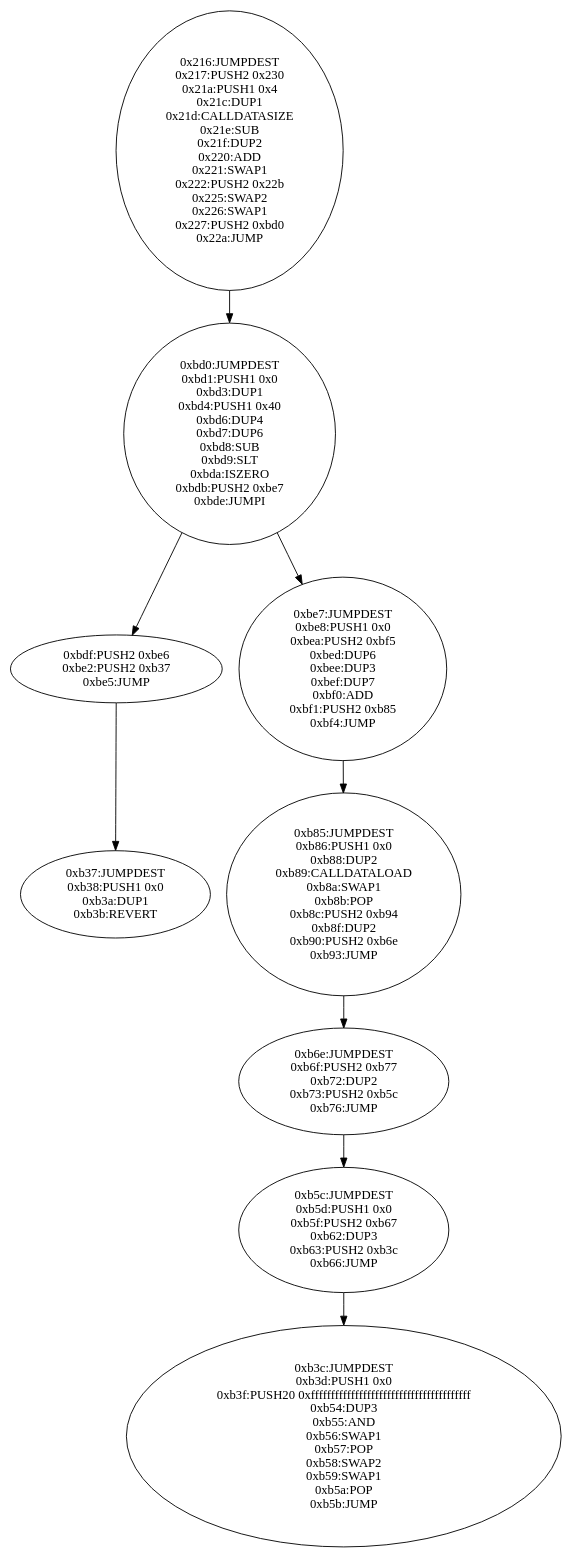
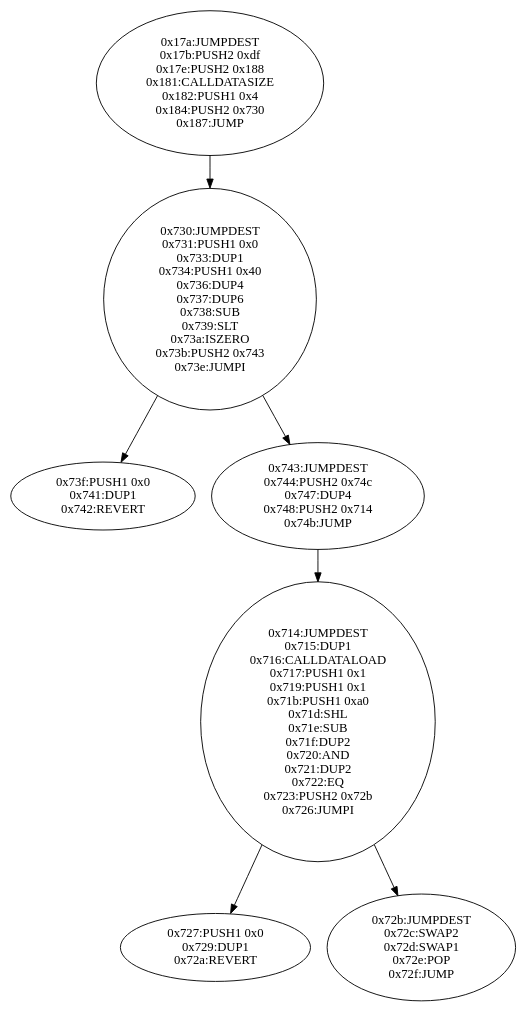
Before and after one commit to steventhornton/openzeppelin-research-project: the diagram in erc20-example/cfg/output/Token.bin-runtime_transfer(address,uint256).dot, drawn with Graphviz. The commit also changed 12 other files, not shown here.

```diff
--- a/erc20-example/cfg/output/Token.bin-runtime_transfer(address,uint256).dot
+++ b/erc20-example/cfg/output/Token.bin-runtime_transfer(address,uint256).dot
@@ -1,84 +1,57 @@
 digraph{
-534[label="0x216:JUMPDEST
-0x217:PUSH2 0x230
-0x21a:PUSH1 0x4
-0x21c:DUP1
-0x21d:CALLDATASIZE
-0x21e:SUB
-0x21f:DUP2
-0x220:ADD
-0x221:SWAP1
-0x222:PUSH2 0x22b
-0x225:SWAP2
-0x226:SWAP1
-0x227:PUSH2 0xbd0
-0x22a:JUMP"]
-534 -> 3024
-3024[label="0xbd0:JUMPDEST
-0xbd1:PUSH1 0x0
-0xbd3:DUP1
-0xbd4:PUSH1 0x40
-0xbd6:DUP4
-0xbd7:DUP6
-0xbd8:SUB
-0xbd9:SLT
-0xbda:ISZERO
-0xbdb:PUSH2 0xbe7
-0xbde:JUMPI"]
-3024 -> 3039
-3024 -> 3047
-3039[label="0xbdf:PUSH2 0xbe6
-0xbe2:PUSH2 0xb37
-0xbe5:JUMP"]
-3039 -> 2871
-3047[label="0xbe7:JUMPDEST
-0xbe8:PUSH1 0x0
-0xbea:PUSH2 0xbf5
-0xbed:DUP6
-0xbee:DUP3
-0xbef:DUP7
-0xbf0:ADD
-0xbf1:PUSH2 0xb85
-0xbf4:JUMP"]
-3047 -> 2949
-2871[label="0xb37:JUMPDEST
-0xb38:PUSH1 0x0
-0xb3a:DUP1
-0xb3b:REVERT"]
-2949[label="0xb85:JUMPDEST
-0xb86:PUSH1 0x0
-0xb88:DUP2
-0xb89:CALLDATALOAD
-0xb8a:SWAP1
-0xb8b:POP
-0xb8c:PUSH2 0xb94
-0xb8f:DUP2
-0xb90:PUSH2 0xb6e
-0xb93:JUMP"]
-2949 -> 2926
-2926[label="0xb6e:JUMPDEST
-0xb6f:PUSH2 0xb77
-0xb72:DUP2
-0xb73:PUSH2 0xb5c
-0xb76:JUMP"]
-2926 -> 2908
-2908[label="0xb5c:JUMPDEST
-0xb5d:PUSH1 0x0
-0xb5f:PUSH2 0xb67
-0xb62:DUP3
-0xb63:PUSH2 0xb3c
-0xb66:JUMP"]
-2908 -> 2876
-2876[label="0xb3c:JUMPDEST
-0xb3d:PUSH1 0x0
-0xb3f:PUSH20 0xffffffffffffffffffffffffffffffffffffffff
-0xb54:DUP3
-0xb55:AND
-0xb56:SWAP1
-0xb57:POP
-0xb58:SWAP2
-0xb59:SWAP1
-0xb5a:POP
-0xb5b:JUMP"]
+378[label="0x17a:JUMPDEST
+0x17b:PUSH2 0xdf
+0x17e:PUSH2 0x188
+0x181:CALLDATASIZE
+0x182:PUSH1 0x4
+0x184:PUSH2 0x730
+0x187:JUMP"]
+378 -> 1840
+1840[label="0x730:JUMPDEST
+0x731:PUSH1 0x0
+0x733:DUP1
+0x734:PUSH1 0x40
+0x736:DUP4
+0x737:DUP6
+0x738:SUB
+0x739:SLT
+0x73a:ISZERO
+0x73b:PUSH2 0x743
+0x73e:JUMPI"]
+1840 -> 1855
+1840 -> 1859
+1855[label="0x73f:PUSH1 0x0
+0x741:DUP1
+0x742:REVERT"]
+1859[label="0x743:JUMPDEST
+0x744:PUSH2 0x74c
+0x747:DUP4
+0x748:PUSH2 0x714
+0x74b:JUMP"]
+1859 -> 1812
+1812[label="0x714:JUMPDEST
+0x715:DUP1
+0x716:CALLDATALOAD
+0x717:PUSH1 0x1
+0x719:PUSH1 0x1
+0x71b:PUSH1 0xa0
+0x71d:SHL
+0x71e:SUB
+0x71f:DUP2
+0x720:AND
+0x721:DUP2
+0x722:EQ
+0x723:PUSH2 0x72b
+0x726:JUMPI"]
+1812 -> 1831
+1812 -> 1835
+1831[label="0x727:PUSH1 0x0
+0x729:DUP1
+0x72a:REVERT"]
+1835[label="0x72b:JUMPDEST
+0x72c:SWAP2
+0x72d:SWAP1
+0x72e:POP
+0x72f:JUMP"]
 
 }
```
